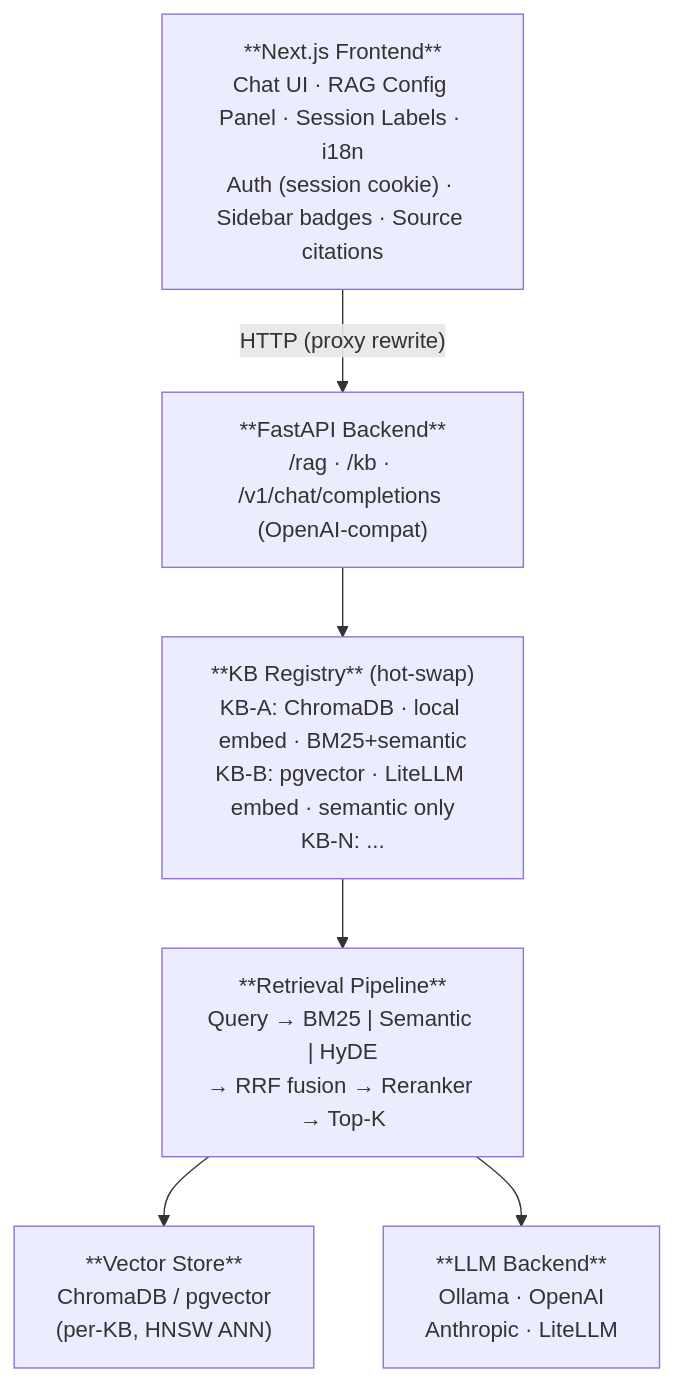
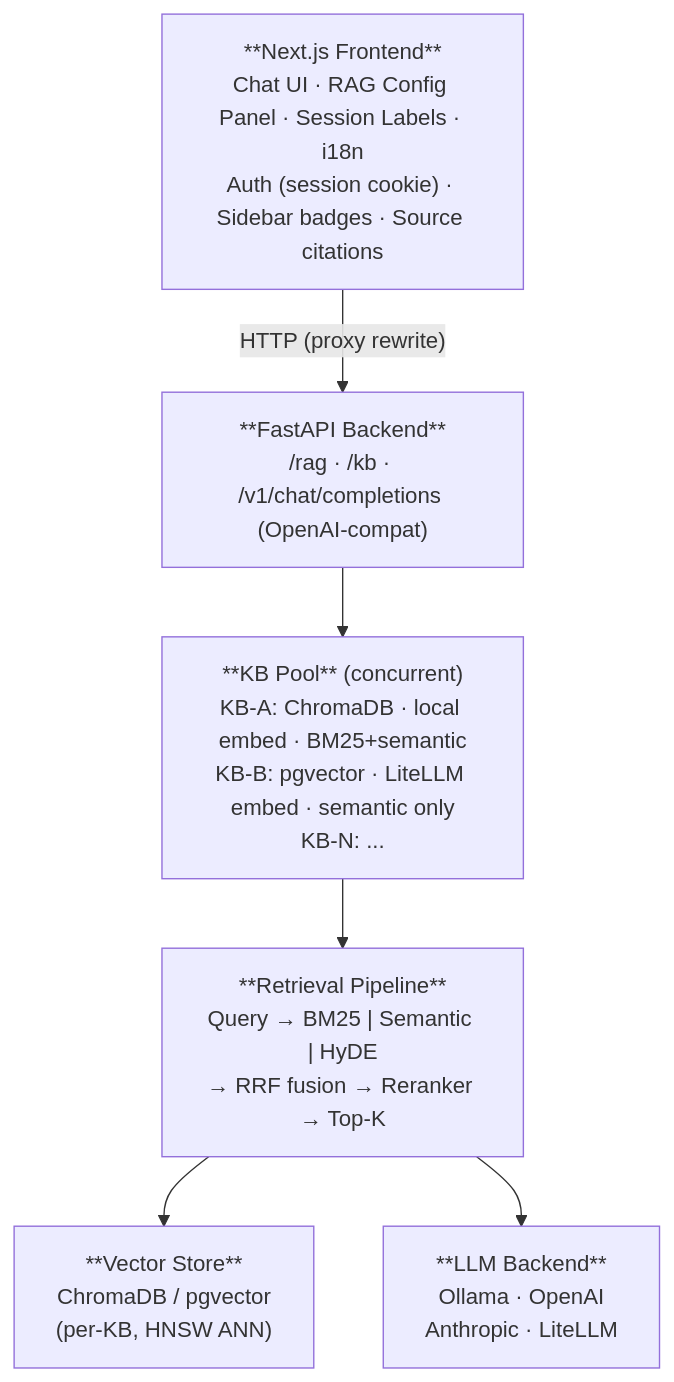
One commit to rlei-odes/lancy changed the diagram in docs/ARCHITECTURE.md. Above: the diagram before and after it, drawn with Mermaid. The commit also changed other lines of this file and 2 other files, not shown here.

````diff
--- a/docs/ARCHITECTURE.md
+++ b/docs/ARCHITECTURE.md
@@ -7,15 +7,15 @@
 ```mermaid
 flowchart TD
     FE["**Next.js Frontend**\nChat UI · RAG Config Panel · Session Labels · i18n\nAuth (session cookie) · Sidebar badges · Source citations"]
     BE["**FastAPI Backend**\n/rag · /kb · /v1/chat/completions (OpenAI-compat)"]
-    KB["**KB Registry** (hot-swap)\nKB-A: ChromaDB · local embed · BM25+semantic\nKB-B: pgvector · LiteLLM embed · semantic only\nKB-N: ..."]
+    KB["**KB Pool** (concurrent)\nKB-A: ChromaDB · local embed · BM25+semantic\nKB-B: pgvector · LiteLLM embed · semantic only\nKB-N: ..."]
     RP["**Retrieval Pipeline**\nQuery → BM25 | Semantic | HyDE\n→ RRF fusion → Reranker → Top-K"]
     VS["**Vector Store**\nChromaDB / pgvector\n(per-KB, HNSW ANN)"]
     LLM["**LLM Backend**\nOllama · OpenAI\nAnthropic · LiteLLM"]
 
     FE -->|"HTTP (proxy rewrite)"| BE
     BE --> KB
     KB --> RP
     RP --> VS
     RP --> LLM
 ```
````
